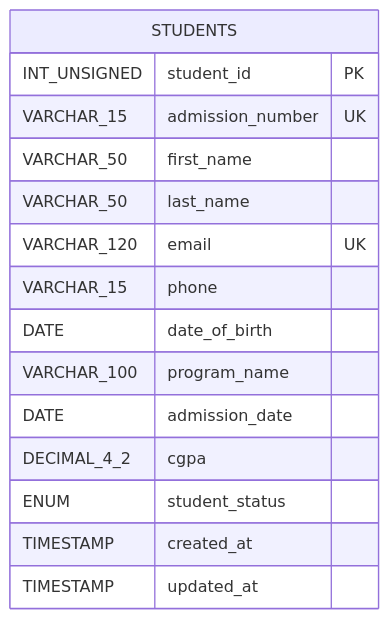
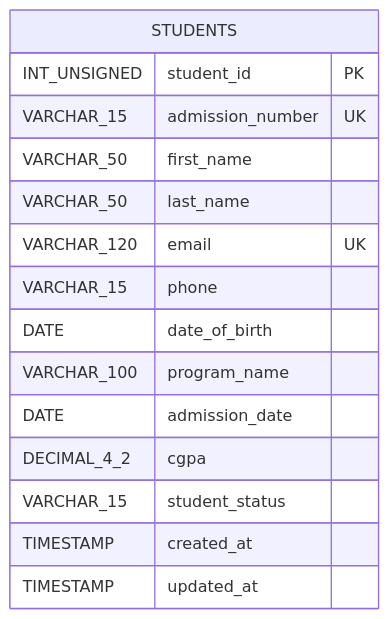
One commit to arvind-codegnan/cdg-hyd-jfs-058 changed the second of 20 diagrams in sql-exercises-part-1.md. Above: the diagram before and after it, drawn with Mermaid. The commit also changed other lines of this file, not shown here.

````diff
--- a/sql-exercises-part-1.md
+++ b/sql-exercises-part-1.md
@@ -73,18 +72,18 @@
 ```mermaid
 erDiagram
     STUDENTS {
         INT_UNSIGNED student_id PK
         VARCHAR_15 admission_number UK
         VARCHAR_50 first_name
         VARCHAR_50 last_name
         VARCHAR_120 email UK
         VARCHAR_15 phone
         DATE date_of_birth
         VARCHAR_100 program_name
         DATE admission_date
         DECIMAL_4_2 cgpa
-        ENUM student_status
+        VARCHAR_15 student_status
         TIMESTAMP created_at
         TIMESTAMP updated_at
     }
 ```
````
